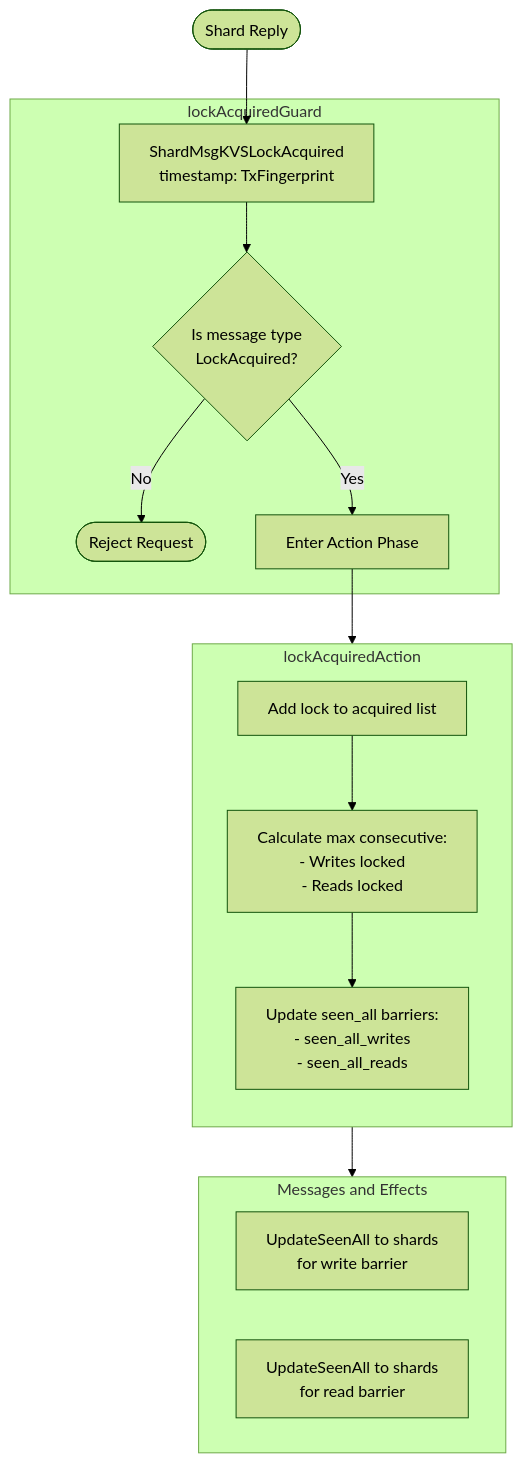
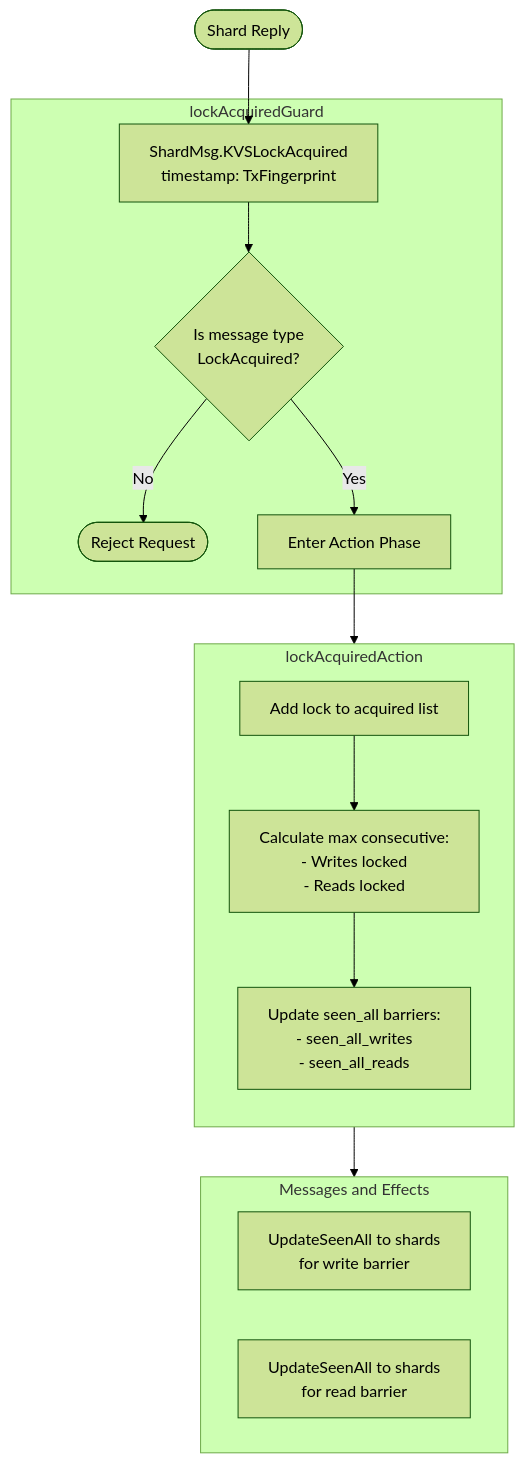
Before and after one commit to anoma/nspec: the first of 2 diagrams in docs/arch/node/engines/mempool_worker_behaviour.juvix.md, drawn with Mermaid (forest theme). The commit also changed other lines of this file and 80 other files, not shown here.

````diff
--- a/docs/arch/node/engines/mempool_worker_behaviour.juvix.md
+++ b/docs/arch/node/engines/mempool_worker_behaviour.juvix.md
@@ -153,26 +158,26 @@
 ```mermaid
 flowchart TD
-    Start([Shard Reply]) --> MsgReq[ShardMsgKVSLockAcquired<br/>timestamp: TxFingerprint]
+    Start([Shard Reply]) --> MsgReq[ShardMsg.KVSLockAcquired<br/>timestamp: TxFingerprint]
 
     subgraph Guard["lockAcquiredGuard"]
         MsgReq --> ValidType{Is message type<br/>LockAcquired?}
         ValidType -->|No| Reject([Reject Request])
         ValidType -->|Yes| ActionEntry[Enter Action Phase]
     end
 
     ActionEntry --> Action
 
     subgraph Action["lockAcquiredAction"]
         direction TB
         AddLock[Add lock to acquired list]
         AddLock --> CalcMax[Calculate max consecutive:<br/>- Writes locked<br/>- Reads locked]
         CalcMax --> UpdateBarriers[Update seen_all barriers:<br/>- seen_all_writes<br/>- seen_all_reads]
     end
 
     UpdateBarriers --> Msgs
 
     subgraph Msgs[Messages and Effects]
         BcastWrite[UpdateSeenAll to shards<br/>for write barrier]
         BcastRead[UpdateSeenAll to shards<br/>for read barrier]
     end
 ```
````
